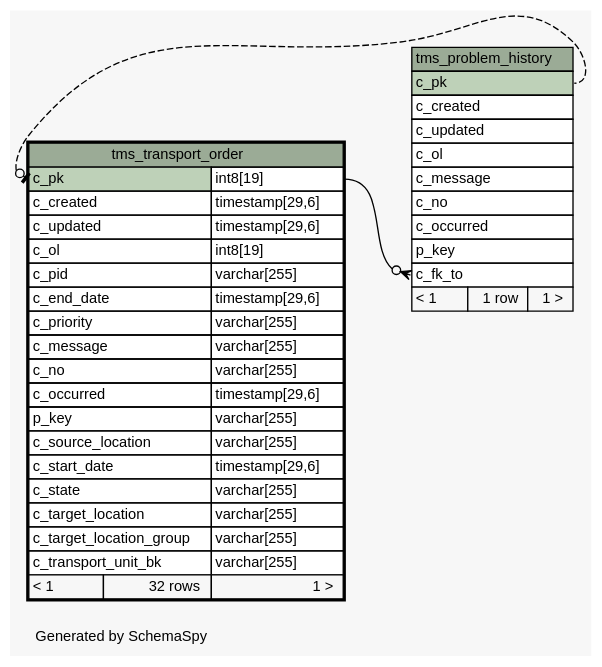
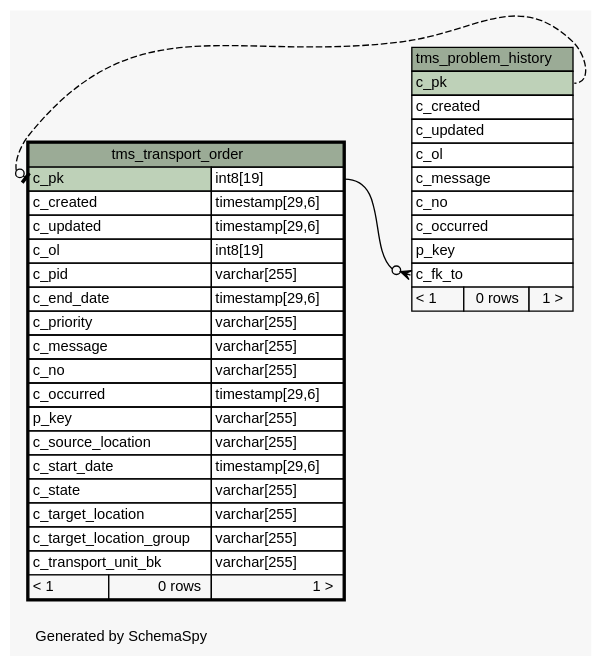
One commit to openwms/org.openwms.tms.transportation changed the diagram in 1.4.0-SNAPSHOT/schemaspy/diagrams/tms_transport_order.implied2degrees.dot. Above: the diagram before and after it, drawn with Graphviz. The commit also changed 461 other files, not shown here.

```diff
--- a/1.4.0-SNAPSHOT/schemaspy/diagrams/tms_transport_order.implied2degrees.dot
+++ b/1.4.0-SNAPSHOT/schemaspy/diagrams/tms_transport_order.implied2degrees.dot
@@ -1,68 +1,68 @@
 // dot 2.36.0 on Linux 4.4.0-101-generic
 // SchemaSpy rev Unknown
 digraph "impliedTwoDegreesRelationshipsDiagram" {
   graph [
     rankdir="RL"
     bgcolor="#f7f7f7"
     label="\nGenerated by SchemaSpy"
     labeljust="l"
     nodesep="0.18"
     ranksep="0.46"
     fontname="Helvetica"
     fontsize="11"
   ];
   node [
     fontname="Helvetica"
     fontsize="11"
     shape="plaintext"
   ];
   edge [
     arrowsize="0.8"
   ];
   "tms_problem_history":"c_fk_to":w -> "tms_transport_order":"c_pk.type":e [arrowhead=none dir=back arrowtail=crowodot];
   "tms_transport_order":"c_pk":w -> "tms_problem_history":"c_pk":e [arrowhead=none dir=back arrowtail=teeodot style=dashed];
   "tms_problem_history" [
     label=<
     <TABLE BORDER="0" CELLBORDER="1" CELLSPACING="0" BGCOLOR="#ffffff">
       <TR><TD COLSPAN="3" BGCOLOR="#9bab96" ALIGN="CENTER">tms_problem_history</TD></TR>
       <TR><TD PORT="c_pk" COLSPAN="3" BGCOLOR="#bed1b8" ALIGN="LEFT">c_pk</TD></TR>
       <TR><TD PORT="c_created" COLSPAN="3" ALIGN="LEFT">c_created</TD></TR>
       <TR><TD PORT="c_updated" COLSPAN="3" ALIGN="LEFT">c_updated</TD></TR>
       <TR><TD PORT="c_ol" COLSPAN="3" ALIGN="LEFT">c_ol</TD></TR>
       <TR><TD PORT="c_message" COLSPAN="3" ALIGN="LEFT">c_message</TD></TR>
       <TR><TD PORT="c_no" COLSPAN="3" ALIGN="LEFT">c_no</TD></TR>
       <TR><TD PORT="c_occurred" COLSPAN="3" ALIGN="LEFT">c_occurred</TD></TR>
       <TR><TD PORT="p_key" COLSPAN="3" ALIGN="LEFT">p_key</TD></TR>
       <TR><TD PORT="c_fk_to" COLSPAN="3" ALIGN="LEFT">c_fk_to</TD></TR>
-      <TR><TD ALIGN="LEFT" BGCOLOR="#f7f7f7">&lt; 1</TD><TD ALIGN="RIGHT" BGCOLOR="#f7f7f7">1 row</TD><TD ALIGN="RIGHT" BGCOLOR="#f7f7f7">1 &gt;</TD></TR>
+      <TR><TD ALIGN="LEFT" BGCOLOR="#f7f7f7">&lt; 1</TD><TD ALIGN="RIGHT" BGCOLOR="#f7f7f7">0 rows</TD><TD ALIGN="RIGHT" BGCOLOR="#f7f7f7">1 &gt;</TD></TR>
     </TABLE>>
     URL="tms_problem_history.html"
     tooltip="tms_problem_history"
   ];
   "tms_transport_order" [
     label=<
     <TABLE BORDER="2" CELLBORDER="1" CELLSPACING="0" BGCOLOR="#ffffff">
       <TR><TD COLSPAN="3" BGCOLOR="#9bab96" ALIGN="CENTER">tms_transport_order</TD></TR>
       <TR><TD PORT="c_pk" COLSPAN="2" BGCOLOR="#bed1b8" ALIGN="LEFT">c_pk</TD><TD PORT="c_pk.type" ALIGN="LEFT">int8[19]</TD></TR>
       <TR><TD PORT="c_created" COLSPAN="2" ALIGN="LEFT">c_created</TD><TD PORT="c_created.type" ALIGN="LEFT">timestamp[29,6]</TD></TR>
       <TR><TD PORT="c_updated" COLSPAN="2" ALIGN="LEFT">c_updated</TD><TD PORT="c_updated.type" ALIGN="LEFT">timestamp[29,6]</TD></TR>
       <TR><TD PORT="c_ol" COLSPAN="2" ALIGN="LEFT">c_ol</TD><TD PORT="c_ol.type" ALIGN="LEFT">int8[19]</TD></TR>
       <TR><TD PORT="c_pid" COLSPAN="2" ALIGN="LEFT">c_pid</TD><TD PORT="c_pid.type" ALIGN="LEFT">varchar[255]</TD></TR>
       <TR><TD PORT="c_end_date" COLSPAN="2" ALIGN="LEFT">c_end_date</TD><TD PORT="c_end_date.type" ALIGN="LEFT">timestamp[29,6]</TD></TR>
       <TR><TD PORT="c_priority" COLSPAN="2" ALIGN="LEFT">c_priority</TD><TD PORT="c_priority.type" ALIGN="LEFT">varchar[255]</TD></TR>
       <TR><TD PORT="c_message" COLSPAN="2" ALIGN="LEFT">c_message</TD><TD PORT="c_message.type" ALIGN="LEFT">varchar[255]</TD></TR>
       <TR><TD PORT="c_no" COLSPAN="2" ALIGN="LEFT">c_no</TD><TD PORT="c_no.type" ALIGN="LEFT">varchar[255]</TD></TR>
       <TR><TD PORT="c_occurred" COLSPAN="2" ALIGN="LEFT">c_occurred</TD><TD PORT="c_occurred.type" ALIGN="LEFT">timestamp[29,6]</TD></TR>
       <TR><TD PORT="p_key" COLSPAN="2" ALIGN="LEFT">p_key</TD><TD PORT="p_key.type" ALIGN="LEFT">varchar[255]</TD></TR>
       <TR><TD PORT="c_source_location" COLSPAN="2" ALIGN="LEFT">c_source_location</TD><TD PORT="c_source_location.type" ALIGN="LEFT">varchar[255]</TD></TR>
       <TR><TD PORT="c_start_date" COLSPAN="2" ALIGN="LEFT">c_start_date</TD><TD PORT="c_start_date.type" ALIGN="LEFT">timestamp[29,6]</TD></TR>
       <TR><TD PORT="c_state" COLSPAN="2" ALIGN="LEFT">c_state</TD><TD PORT="c_state.type" ALIGN="LEFT">varchar[255]</TD></TR>
       <TR><TD PORT="c_target_location" COLSPAN="2" ALIGN="LEFT">c_target_location</TD><TD PORT="c_target_location.type" ALIGN="LEFT">varchar[255]</TD></TR>
       <TR><TD PORT="c_target_location_group" COLSPAN="2" ALIGN="LEFT">c_target_location_group</TD><TD PORT="c_target_location_group.type" ALIGN="LEFT">varchar[255]</TD></TR>
       <TR><TD PORT="c_transport_unit_bk" COLSPAN="2" ALIGN="LEFT">c_transport_unit_bk</TD><TD PORT="c_transport_unit_bk.type" ALIGN="LEFT">varchar[255]</TD></TR>
-      <TR><TD ALIGN="LEFT" BGCOLOR="#f7f7f7">&lt; 1</TD><TD ALIGN="RIGHT" BGCOLOR="#f7f7f7">32 rows</TD><TD ALIGN="RIGHT" BGCOLOR="#f7f7f7">1 &gt;</TD></TR>
+      <TR><TD ALIGN="LEFT" BGCOLOR="#f7f7f7">&lt; 1</TD><TD ALIGN="RIGHT" BGCOLOR="#f7f7f7">0 rows</TD><TD ALIGN="RIGHT" BGCOLOR="#f7f7f7">1 &gt;</TD></TR>
     </TABLE>>
     URL="tms_transport_order.html"
     tooltip="tms_transport_order"
   ];
 }
```
